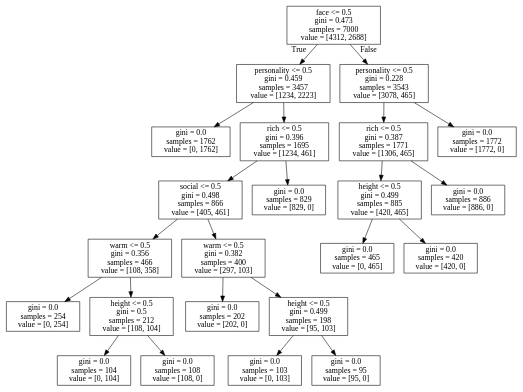
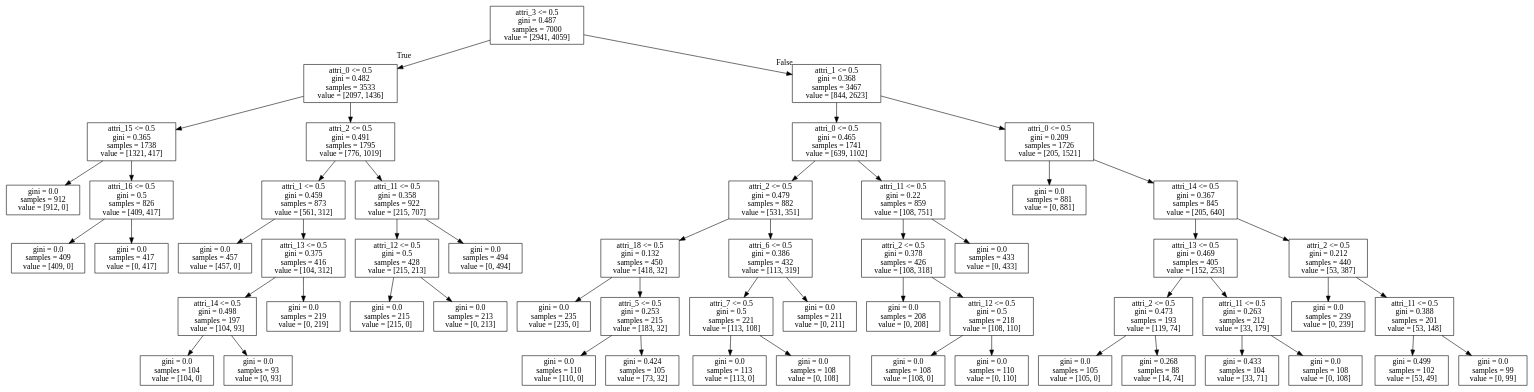
The diagram in Decision_Tree/models/decision_tree_depth6.dot (ElektrischesSchaf/Data_Mining_2019_Projects), drawn with Graphviz before and after one commit. The commit also changed 5 other files, not shown here.

```diff
--- a/Decision_Tree/models/decision_tree_depth6.dot
+++ b/Decision_Tree/models/decision_tree_depth6.dot
@@ -1,48 +1,112 @@
 digraph Tree {
 node [shape=box] ;
-0 [label="face <= 0.5\ngini = 0.473\nsamples = 7000\nvalue = [4312, 2688]"] ;
-1 [label="personality <= 0.5\ngini = 0.459\nsamples = 3457\nvalue = [1234, 2223]"] ;
+0 [label="attri_3 <= 0.5\ngini = 0.487\nsamples = 7000\nvalue = [2941, 4059]"] ;
+1 [label="attri_0 <= 0.5\ngini = 0.482\nsamples = 3533\nvalue = [2097, 1436]"] ;
 0 -> 1 [labeldistance=2.5, labelangle=45, headlabel="True"] ;
-2 [label="gini = 0.0\nsamples = 1762\nvalue = [0, 1762]"] ;
+2 [label="attri_15 <= 0.5\ngini = 0.365\nsamples = 1738\nvalue = [1321, 417]"] ;
 1 -> 2 ;
-3 [label="rich <= 0.5\ngini = 0.396\nsamples = 1695\nvalue = [1234, 461]"] ;
-1 -> 3 ;
-4 [label="social <= 0.5\ngini = 0.498\nsamples = 866\nvalue = [405, 461]"] ;
-3 -> 4 ;
-5 [label="warm <= 0.5\ngini = 0.356\nsamples = 466\nvalue = [108, 358]"] ;
+3 [label="gini = 0.0\nsamples = 912\nvalue = [912, 0]"] ;
+2 -> 3 ;
+4 [label="attri_16 <= 0.5\ngini = 0.5\nsamples = 826\nvalue = [409, 417]"] ;
+2 -> 4 ;
+5 [label="gini = 0.0\nsamples = 409\nvalue = [409, 0]"] ;
 4 -> 5 ;
-6 [label="gini = 0.0\nsamples = 254\nvalue = [0, 254]"] ;
-5 -> 6 ;
-7 [label="height <= 0.5\ngini = 0.5\nsamples = 212\nvalue = [108, 104]"] ;
-5 -> 7 ;
-8 [label="gini = 0.0\nsamples = 104\nvalue = [0, 104]"] ;
+6 [label="gini = 0.0\nsamples = 417\nvalue = [0, 417]"] ;
+4 -> 6 ;
+7 [label="attri_2 <= 0.5\ngini = 0.491\nsamples = 1795\nvalue = [776, 1019]"] ;
+1 -> 7 ;
+8 [label="attri_1 <= 0.5\ngini = 0.459\nsamples = 873\nvalue = [561, 312]"] ;
 7 -> 8 ;
-9 [label="gini = 0.0\nsamples = 108\nvalue = [108, 0]"] ;
-7 -> 9 ;
-10 [label="warm <= 0.5\ngini = 0.382\nsamples = 400\nvalue = [297, 103]"] ;
-4 -> 10 ;
-11 [label="gini = 0.0\nsamples = 202\nvalue = [202, 0]"] ;
+9 [label="gini = 0.0\nsamples = 457\nvalue = [457, 0]"] ;
+8 -> 9 ;
+10 [label="attri_13 <= 0.5\ngini = 0.375\nsamples = 416\nvalue = [104, 312]"] ;
+8 -> 10 ;
+11 [label="attri_14 <= 0.5\ngini = 0.498\nsamples = 197\nvalue = [104, 93]"] ;
 10 -> 11 ;
-12 [label="height <= 0.5\ngini = 0.499\nsamples = 198\nvalue = [95, 103]"] ;
-10 -> 12 ;
-13 [label="gini = 0.0\nsamples = 103\nvalue = [0, 103]"] ;
-12 -> 13 ;
-14 [label="gini = 0.0\nsamples = 95\nvalue = [95, 0]"] ;
-12 -> 14 ;
-15 [label="gini = 0.0\nsamples = 829\nvalue = [829, 0]"] ;
-3 -> 15 ;
-16 [label="personality <= 0.5\ngini = 0.228\nsamples = 3543\nvalue = [3078, 465]"] ;
-0 -> 16 [labeldistance=2.5, labelangle=-45, headlabel="False"] ;
-17 [label="rich <= 0.5\ngini = 0.387\nsamples = 1771\nvalue = [1306, 465]"] ;
+12 [label="gini = 0.0\nsamples = 104\nvalue = [104, 0]"] ;
+11 -> 12 ;
+13 [label="gini = 0.0\nsamples = 93\nvalue = [0, 93]"] ;
+11 -> 13 ;
+14 [label="gini = 0.0\nsamples = 219\nvalue = [0, 219]"] ;
+10 -> 14 ;
+15 [label="attri_11 <= 0.5\ngini = 0.358\nsamples = 922\nvalue = [215, 707]"] ;
+7 -> 15 ;
+16 [label="attri_12 <= 0.5\ngini = 0.5\nsamples = 428\nvalue = [215, 213]"] ;
+15 -> 16 ;
+17 [label="gini = 0.0\nsamples = 215\nvalue = [215, 0]"] ;
 16 -> 17 ;
-18 [label="height <= 0.5\ngini = 0.499\nsamples = 885\nvalue = [420, 465]"] ;
-17 -> 18 ;
-19 [label="gini = 0.0\nsamples = 465\nvalue = [0, 465]"] ;
-18 -> 19 ;
-20 [label="gini = 0.0\nsamples = 420\nvalue = [420, 0]"] ;
-18 -> 20 ;
-21 [label="gini = 0.0\nsamples = 886\nvalue = [886, 0]"] ;
-17 -> 21 ;
-22 [label="gini = 0.0\nsamples = 1772\nvalue = [1772, 0]"] ;
-16 -> 22 ;
+18 [label="gini = 0.0\nsamples = 213\nvalue = [0, 213]"] ;
+16 -> 18 ;
+19 [label="gini = 0.0\nsamples = 494\nvalue = [0, 494]"] ;
+15 -> 19 ;
+20 [label="attri_1 <= 0.5\ngini = 0.368\nsamples = 3467\nvalue = [844, 2623]"] ;
+0 -> 20 [labeldistance=2.5, labelangle=-45, headlabel="False"] ;
+21 [label="attri_0 <= 0.5\ngini = 0.465\nsamples = 1741\nvalue = [639, 1102]"] ;
+20 -> 21 ;
+22 [label="attri_2 <= 0.5\ngini = 0.479\nsamples = 882\nvalue = [531, 351]"] ;
+21 -> 22 ;
+23 [label="attri_18 <= 0.5\ngini = 0.132\nsamples = 450\nvalue = [418, 32]"] ;
+22 -> 23 ;
+24 [label="gini = 0.0\nsamples = 235\nvalue = [235, 0]"] ;
+23 -> 24 ;
+25 [label="attri_5 <= 0.5\ngini = 0.253\nsamples = 215\nvalue = [183, 32]"] ;
+23 -> 25 ;
+26 [label="gini = 0.0\nsamples = 110\nvalue = [110, 0]"] ;
+25 -> 26 ;
+27 [label="gini = 0.424\nsamples = 105\nvalue = [73, 32]"] ;
+25 -> 27 ;
+28 [label="attri_6 <= 0.5\ngini = 0.386\nsamples = 432\nvalue = [113, 319]"] ;
+22 -> 28 ;
+29 [label="attri_7 <= 0.5\ngini = 0.5\nsamples = 221\nvalue = [113, 108]"] ;
+28 -> 29 ;
+30 [label="gini = 0.0\nsamples = 113\nvalue = [113, 0]"] ;
+29 -> 30 ;
+31 [label="gini = 0.0\nsamples = 108\nvalue = [0, 108]"] ;
+29 -> 31 ;
+32 [label="gini = 0.0\nsamples = 211\nvalue = [0, 211]"] ;
+28 -> 32 ;
+33 [label="attri_11 <= 0.5\ngini = 0.22\nsamples = 859\nvalue = [108, 751]"] ;
+21 -> 33 ;
+34 [label="attri_2 <= 0.5\ngini = 0.378\nsamples = 426\nvalue = [108, 318]"] ;
+33 -> 34 ;
+35 [label="gini = 0.0\nsamples = 208\nvalue = [0, 208]"] ;
+34 -> 35 ;
+36 [label="attri_12 <= 0.5\ngini = 0.5\nsamples = 218\nvalue = [108, 110]"] ;
+34 -> 36 ;
+37 [label="gini = 0.0\nsamples = 108\nvalue = [108, 0]"] ;
+36 -> 37 ;
+38 [label="gini = 0.0\nsamples = 110\nvalue = [0, 110]"] ;
+36 -> 38 ;
+39 [label="gini = 0.0\nsamples = 433\nvalue = [0, 433]"] ;
+33 -> 39 ;
+40 [label="attri_0 <= 0.5\ngini = 0.209\nsamples = 1726\nvalue = [205, 1521]"] ;
+20 -> 40 ;
+41 [label="gini = 0.0\nsamples = 881\nvalue = [0, 881]"] ;
+40 -> 41 ;
+42 [label="attri_14 <= 0.5\ngini = 0.367\nsamples = 845\nvalue = [205, 640]"] ;
+40 -> 42 ;
+43 [label="attri_13 <= 0.5\ngini = 0.469\nsamples = 405\nvalue = [152, 253]"] ;
+42 -> 43 ;
+44 [label="attri_2 <= 0.5\ngini = 0.473\nsamples = 193\nvalue = [119, 74]"] ;
+43 -> 44 ;
+45 [label="gini = 0.0\nsamples = 105\nvalue = [105, 0]"] ;
+44 -> 45 ;
+46 [label="gini = 0.268\nsamples = 88\nvalue = [14, 74]"] ;
+44 -> 46 ;
+47 [label="attri_11 <= 0.5\ngini = 0.263\nsamples = 212\nvalue = [33, 179]"] ;
+43 -> 47 ;
+48 [label="gini = 0.433\nsamples = 104\nvalue = [33, 71]"] ;
+47 -> 48 ;
+49 [label="gini = 0.0\nsamples = 108\nvalue = [0, 108]"] ;
+47 -> 49 ;
+50 [label="attri_2 <= 0.5\ngini = 0.212\nsamples = 440\nvalue = [53, 387]"] ;
+42 -> 50 ;
+51 [label="gini = 0.0\nsamples = 239\nvalue = [0, 239]"] ;
+50 -> 51 ;
+52 [label="attri_11 <= 0.5\ngini = 0.388\nsamples = 201\nvalue = [53, 148]"] ;
+50 -> 52 ;
+53 [label="gini = 0.499\nsamples = 102\nvalue = [53, 49]"] ;
+52 -> 53 ;
+54 [label="gini = 0.0\nsamples = 99\nvalue = [0, 99]"] ;
+52 -> 54 ;
 }
```
